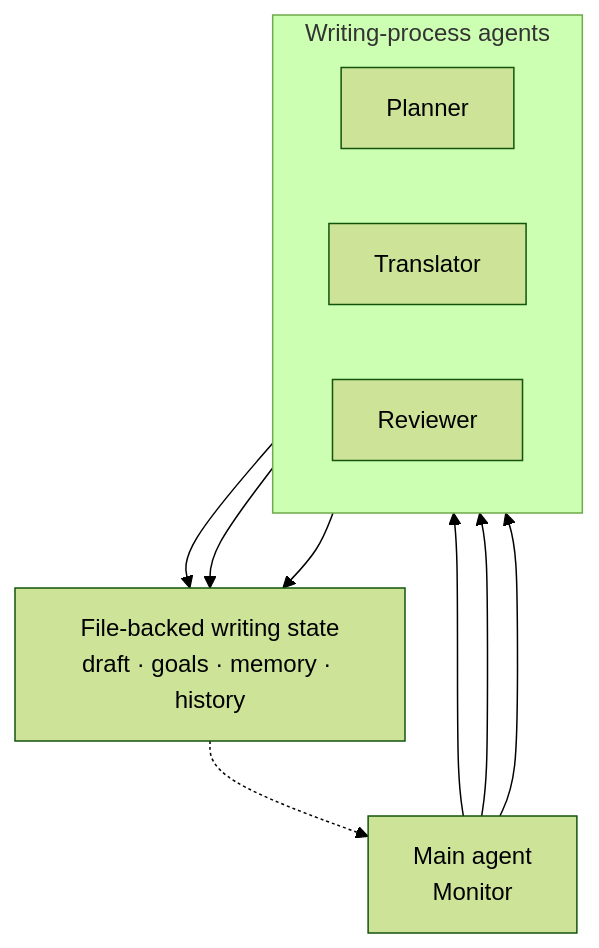
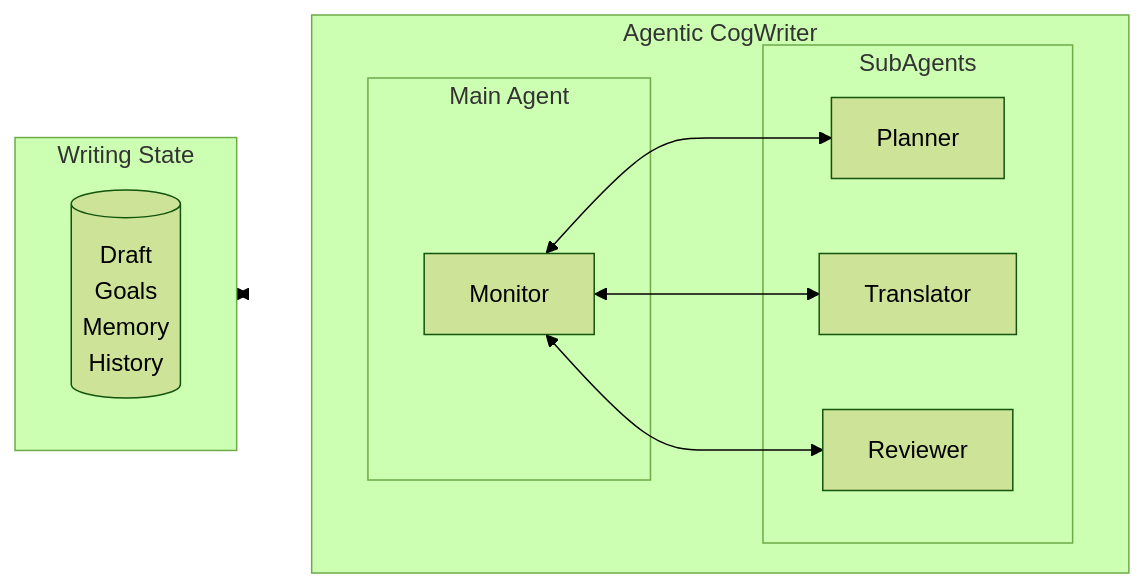
One commit to shunk031/agentic-cognitive-writing changed the diagram in docs/index.md. Above: the diagram before and after it, drawn with Mermaid (forest theme).

Commit message:
Use proposed Mermaid architecture layout

````diff
--- a/docs/index.md
+++ b/docs/index.md
@@ -28,23 +28,26 @@
 ```mermaid
-flowchart TB
-    monitor["Main agent<br/>Monitor"]
+flowchart LR
 
-    subgraph agents["Writing-process agents"]
+    subgraph state["Writing State"]
         direction LR
-        planner["Planner"]
-        translator["Translator"]
-        reviewer["Reviewer"]
+        db[("Draft<br/>Goals<br>Memory<br>History")]
     end
 
-    state["File-backed writing state<br/>draft · goals · memory · history"]
+    subgraph agentic_cogwriter["Agentic CogWriter"]
+        direction LR
+        subgraph main_agent["Main Agent"]
+            monitor["Monitor"]
+        end
+        subgraph sub_agents["SubAgents"]
+            planner["Planner"]
+            translator["Translator"]
+            reviewer["Reviewer"]
+        end
+    end
 
-    monitor --> planner
-    monitor --> translator
-    monitor --> reviewer
+    state <--> main_agent
 
-    planner --> state
-    translator --> state
-    reviewer --> state
-
-    state -.-> monitor
+    monitor <--> planner
+    monitor <--> translator
+    monitor <--> reviewer
 ```
````
